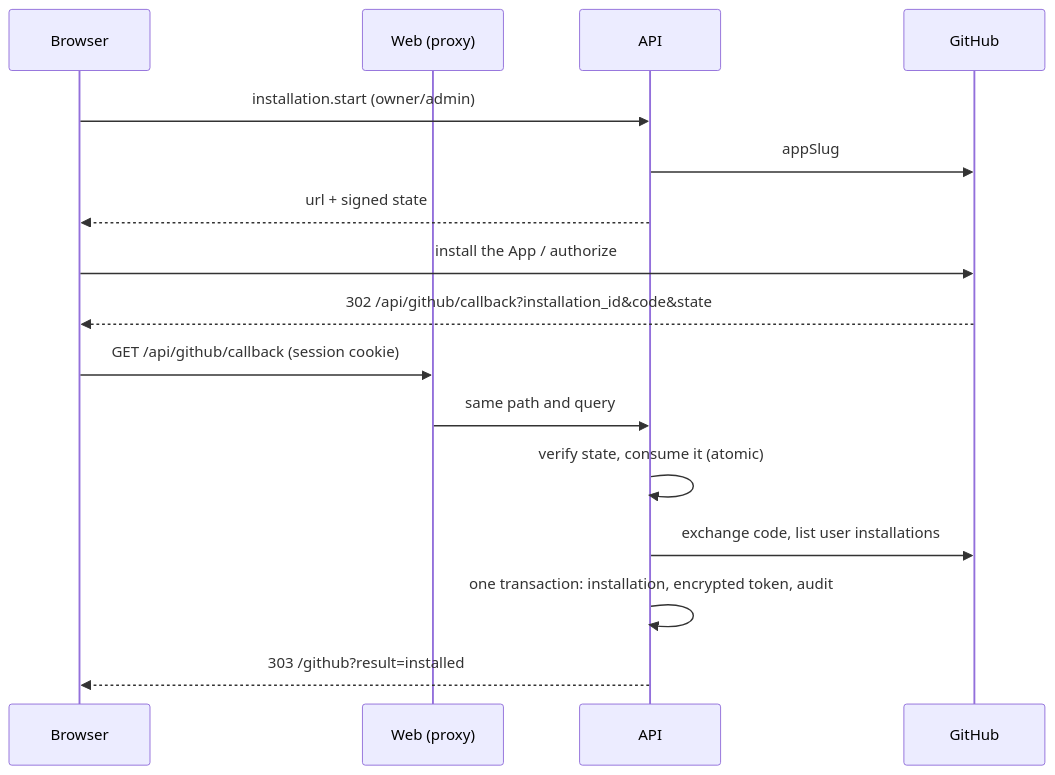
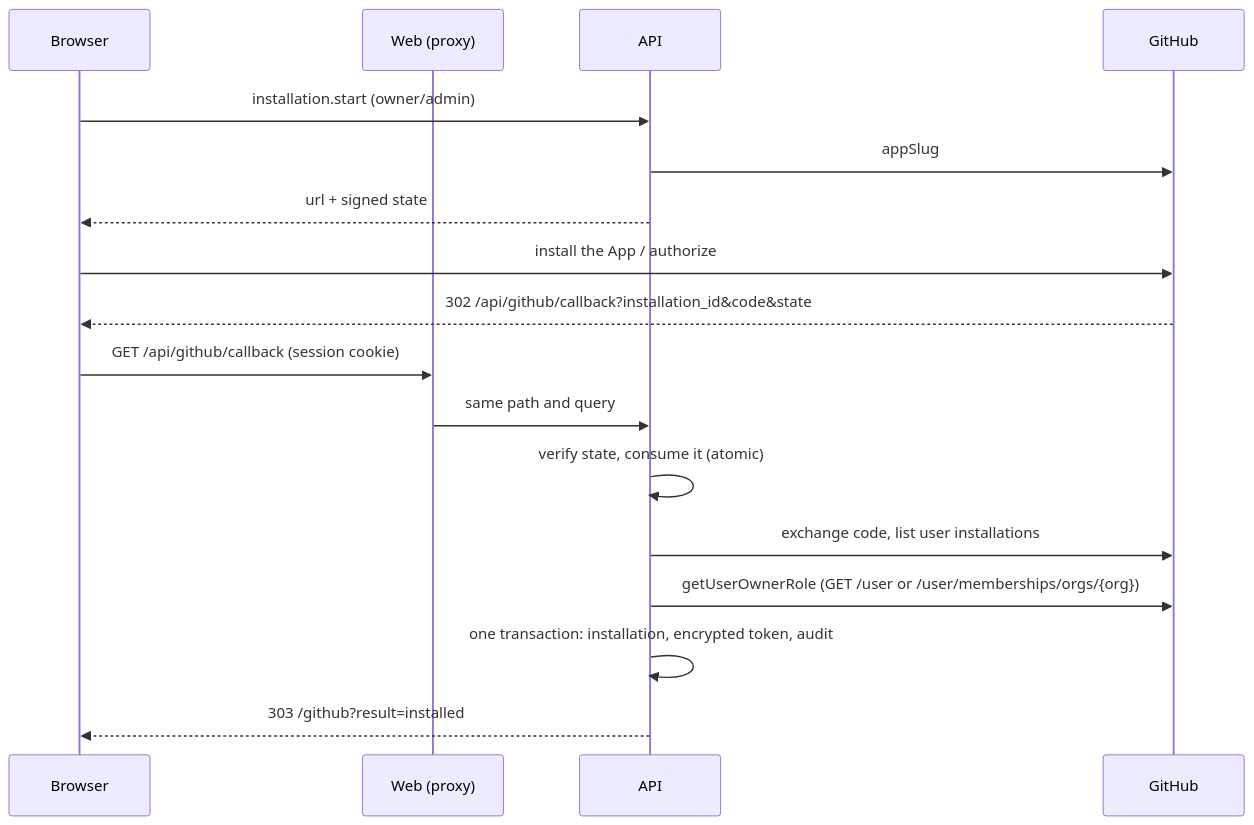
One commit to koklo-dev/koklo changed the fourth of 4 diagrams in docs/api-contract.md. Above: the diagram before and after it, drawn with Mermaid. The commit also changed other lines of this file and 25 other files, not shown here.

````diff
--- a/docs/api-contract.md
+++ b/docs/api-contract.md
@@ -936,18 +950,19 @@
 ```mermaid
 sequenceDiagram
   participant B as Browser
   participant W as Web (proxy)
   participant A as API
   participant G as GitHub
   B->>A: installation.start (owner/admin)
   A->>G: appSlug
   A-->>B: url + signed state
   B->>G: install the App / authorize
   G-->>B: 302 /api/github/callback?installation_id&code&state
   B->>W: GET /api/github/callback (session cookie)
   W->>A: same path and query
   A->>A: verify state, consume it (atomic)
   A->>G: exchange code, list user installations
+  A->>G: getUserOwnerRole (GET /user or /user/memberships/orgs/{org})
   A->>A: one transaction: installation, encrypted token, audit
   A-->>B: 303 /github?result=installed
 ```
````
